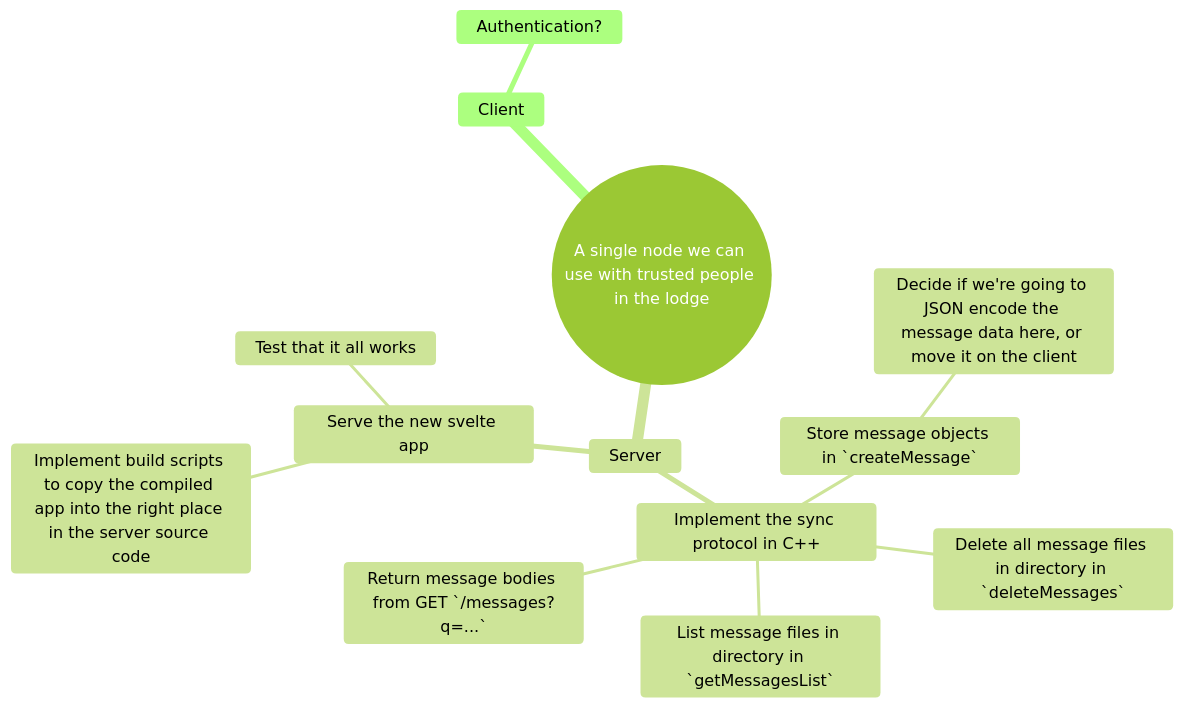
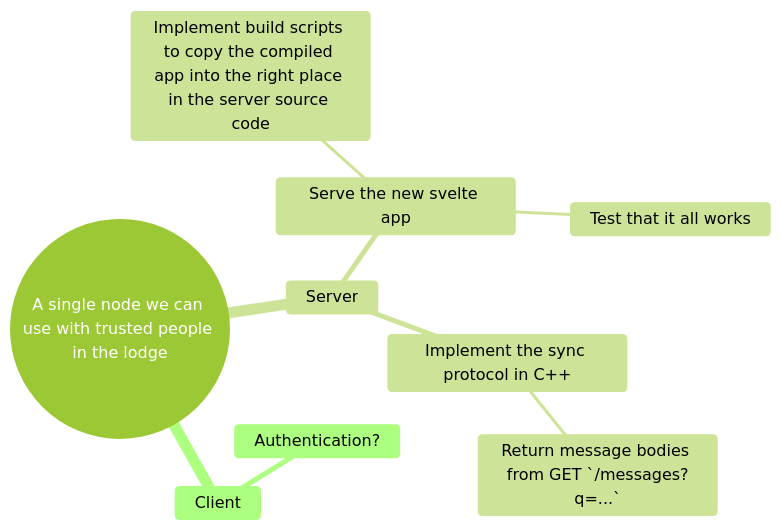
One commit to blaine/couloir changed the diagram in README.md. Above: the diagram before and after it, drawn with Mermaid (forest theme).

Commit message:
Update TODO map

````diff
--- a/README.md
+++ b/README.md
@@ -7,16 +7,12 @@
 ```mermaid
 mindmap
   root((A single node we can use with trusted people in the lodge))
     Client
       Authentication?
     Server
       Implement the sync protocol in C++
-        Store message objects in `createMessage`
-          Decide if we're going to JSON encode the message data here, or move it on the client
-        List message files in directory in `getMessagesList`
-        Delete all message files in directory in `deleteMessages`
         Return message bodies from GET `/messages?q=...`
       Serve the new svelte app
         Implement build scripts to copy the compiled app into the right place in the server source code
         Test that it all works
 ```
````
